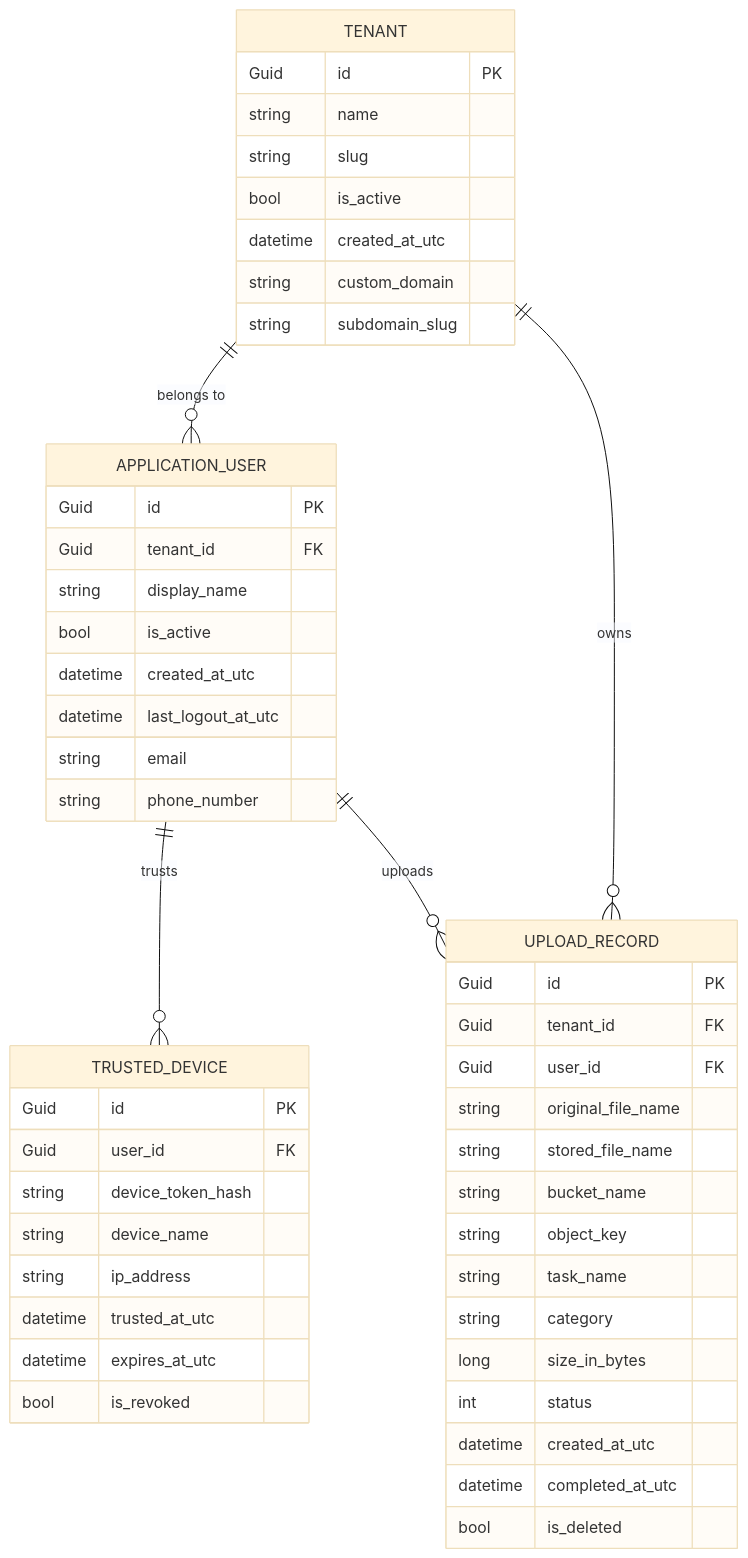
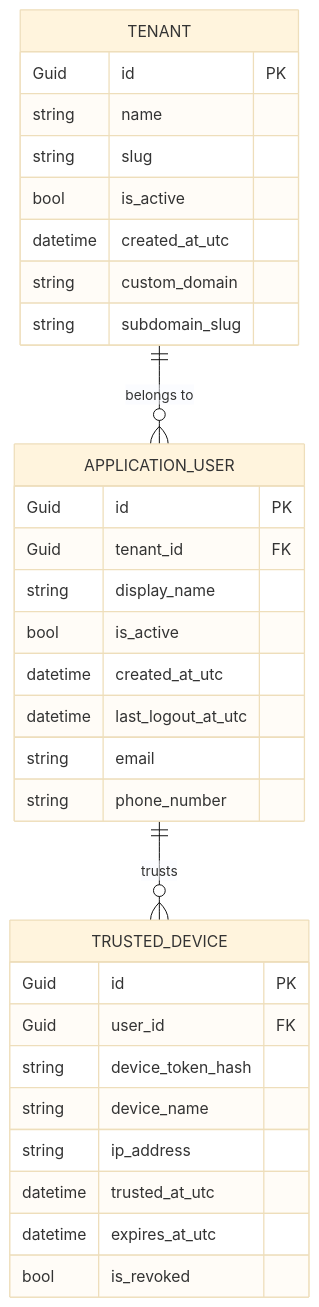
One commit to questflag/qf-apps changed the first of 2 diagrams in docs/er.md. Above: the diagram before and after it, drawn with Mermaid (base theme). The commit also changed other lines of this file, not shown here.

Commit message:
Update er.md
changed

````diff
--- a/docs/er.md
+++ b/docs/er.md
@@ -5,56 +9,37 @@
 ```mermaid
 erDiagram
     TENANT ||--o{ APPLICATION_USER : "belongs to"
     APPLICATION_USER ||--o{ TRUSTED_DEVICE : "trusts"
-    TENANT ||--o{ UPLOAD_RECORD : "owns"
-    APPLICATION_USER ||--o{ UPLOAD_RECORD : "uploads"
 
     TENANT {
         Guid id PK
         string name
         string slug
         bool is_active
         datetime created_at_utc
         string custom_domain
         string subdomain_slug
     }
 
     APPLICATION_USER {
         Guid id PK
         Guid tenant_id FK
         string display_name
         bool is_active
         datetime created_at_utc
         datetime last_logout_at_utc
         string email
         string phone_number
     }
 
     TRUSTED_DEVICE {
         Guid id PK
         Guid user_id FK
         string device_token_hash
         string device_name
         string ip_address
         datetime trusted_at_utc
         datetime expires_at_utc
         bool is_revoked
     }
-
-    UPLOAD_RECORD {
-        Guid id PK
-        Guid tenant_id FK
-        Guid user_id FK
-        string original_file_name
-        string stored_file_name
-        string bucket_name
-        string object_key
-        string task_name
-        string category
-        long size_in_bytes
-        int status
-        datetime created_at_utc
-        datetime completed_at_utc
-        bool is_deleted
-    }
 ```
````
